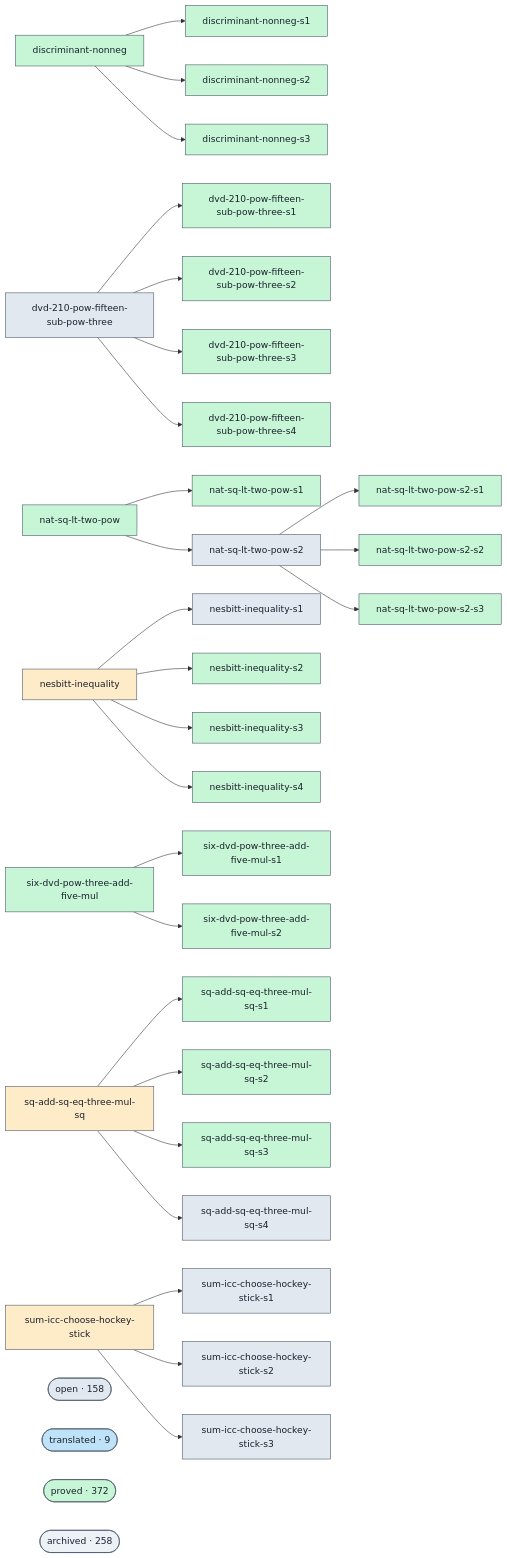
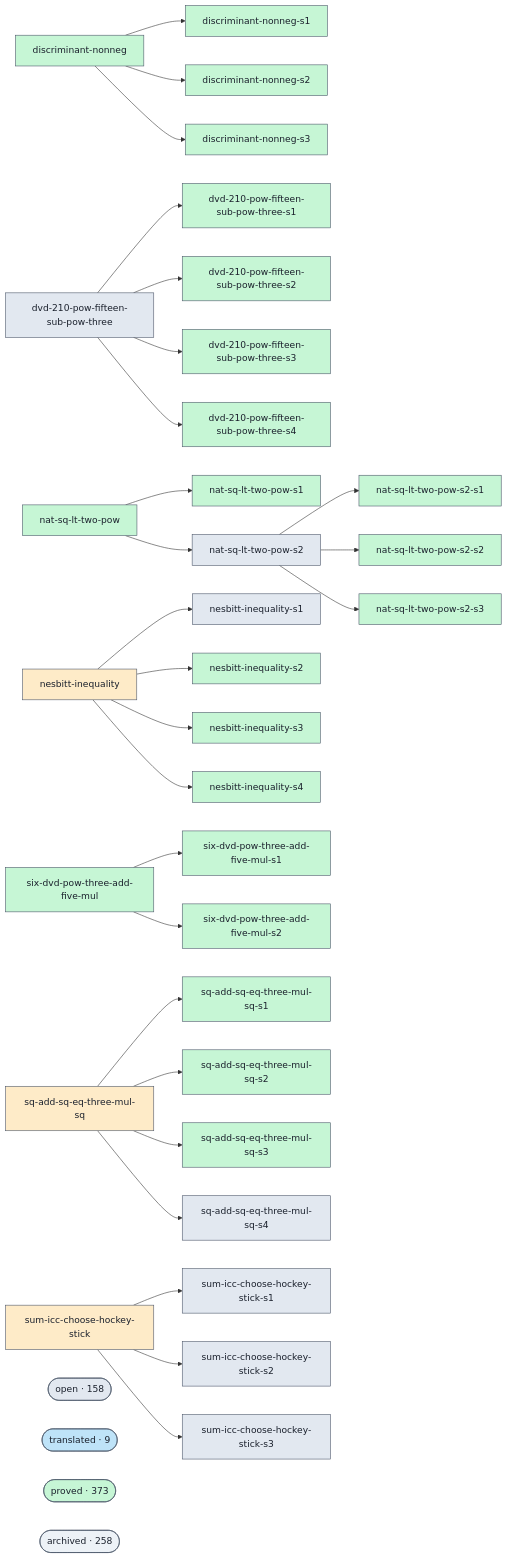
One commit to ohdearquant/unsorry changed the diagram in docs/proofs-contributors-visualisation.md. Above: the diagram before and after it, drawn with Mermaid. The commit also changed other lines of this file and 2 other files, not shown here.

```diff
--- a/docs/proofs-contributors-visualisation.md
+++ b/docs/proofs-contributors-visualisation.md
@@ -147,7 +147,7 @@
   class cluster_open open;
   cluster_translated(["translated · 9"])
   class cluster_translated translated;
-  cluster_proved(["proved · 372"])
+  cluster_proved(["proved · 373"])
   class cluster_proved proved;
   cluster_archived(["archived · 258"])
   class cluster_archived unknown;
```
